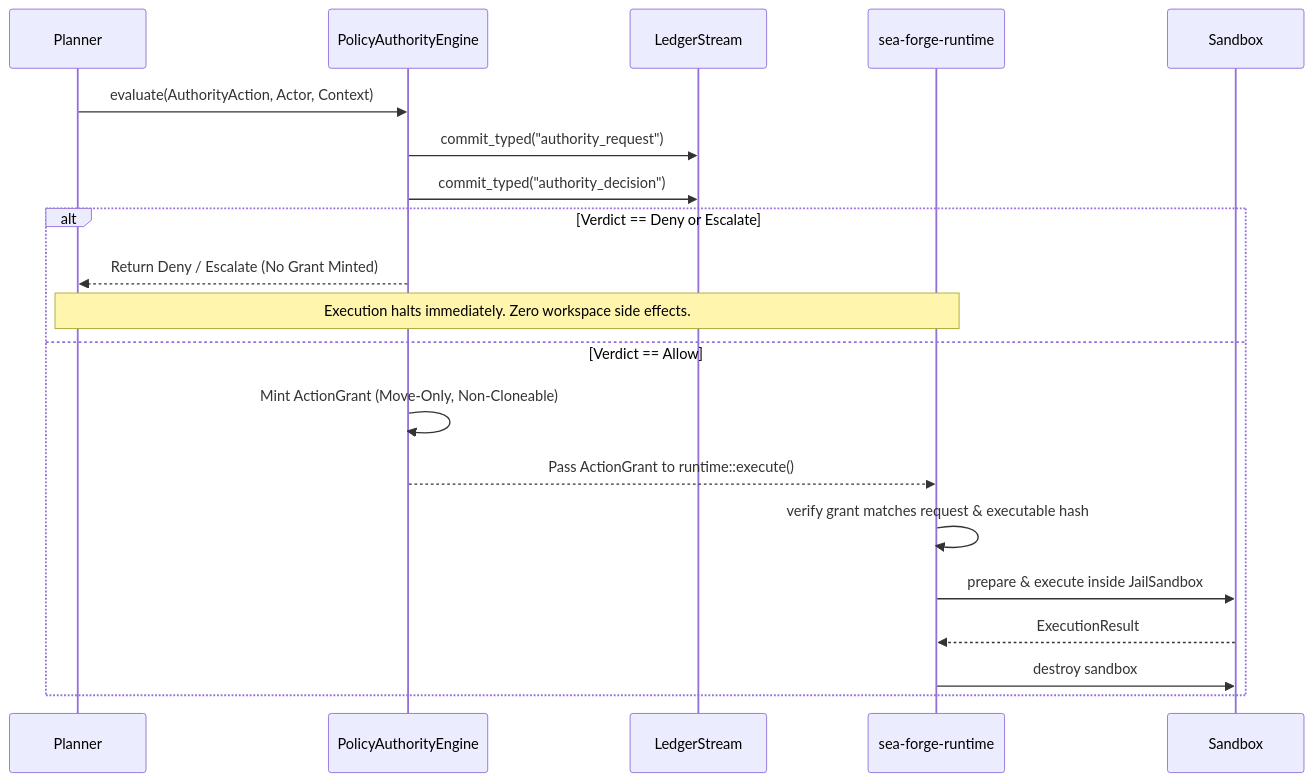
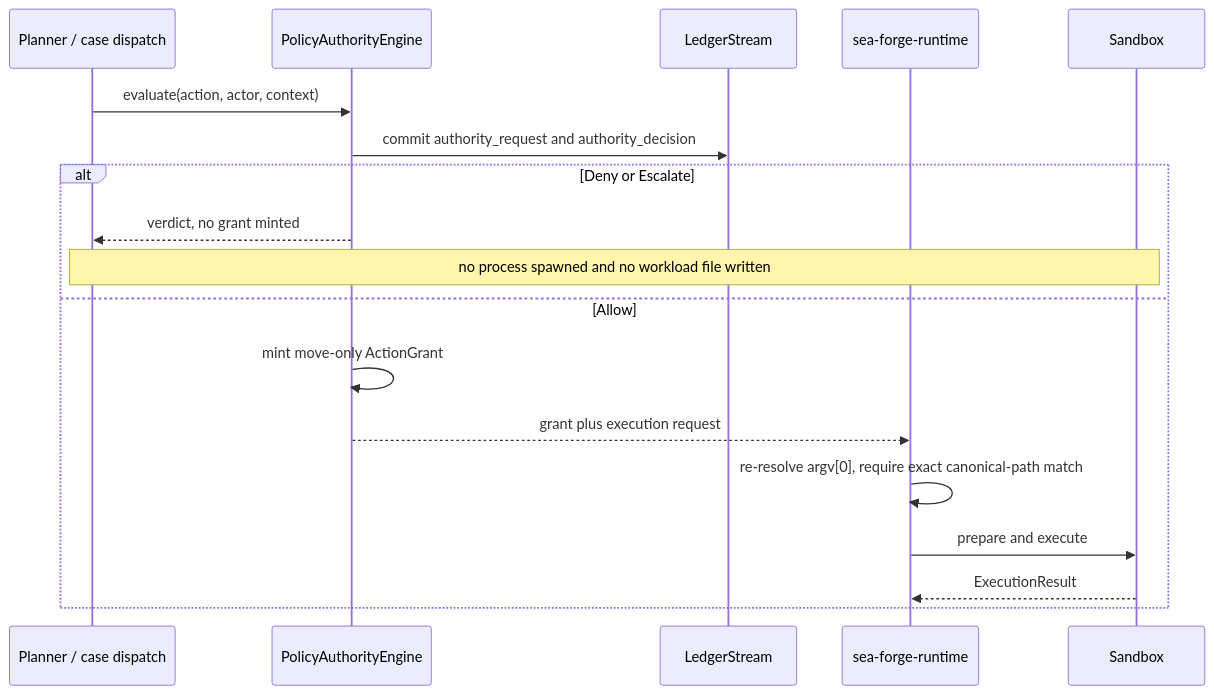
Before and after one commit to GodSpeedAI/SEA-Forge: the second of 2 diagrams in docs/architecture.md, drawn with Mermaid. The commit also changed other lines of this file and 40 other files, not shown here.

````diff
--- a/docs/architecture.md
+++ b/docs/architecture.md
@@ -122,23 +136,21 @@
 ```mermaid
 sequenceDiagram
-    participant P as Planner
+    participant P as Planner / case dispatch
     participant A as PolicyAuthorityEngine
     participant L as LedgerStream
     participant R as sea-forge-runtime
     participant S as Sandbox
 
-    P->>A: evaluate(AuthorityAction, Actor, Context)
-    A->>L: commit_typed("authority_request")
-    A->>L: commit_typed("authority_decision")
-    alt Verdict == Deny or Escalate
-        A-->>P: Return Deny / Escalate (No Grant Minted)
-        Note over P,R: Execution halts immediately. Zero workspace side effects.
-    else Verdict == Allow
-        A->>A: Mint ActionGrant (Move-Only, Non-Cloneable)
-        A-->>R: Pass ActionGrant to runtime::execute()
-        R->>R: verify grant matches request & executable hash
-        R->>S: prepare & execute inside JailSandbox
+    P->>A: evaluate(action, actor, context)
+    A->>L: commit authority_request and authority_decision
+    alt Deny or Escalate
+        A-->>P: verdict, no grant minted
+        Note over P,S: no process spawned and no workload file written
+    else Allow
+        A->>A: mint move-only ActionGrant
+        A-->>R: grant plus execution request
+        R->>R: re-resolve argv[0], require exact canonical-path match
+        R->>S: prepare and execute
         S-->>R: ExecutionResult
-        R->>S: destroy sandbox
     end
 ```
````
